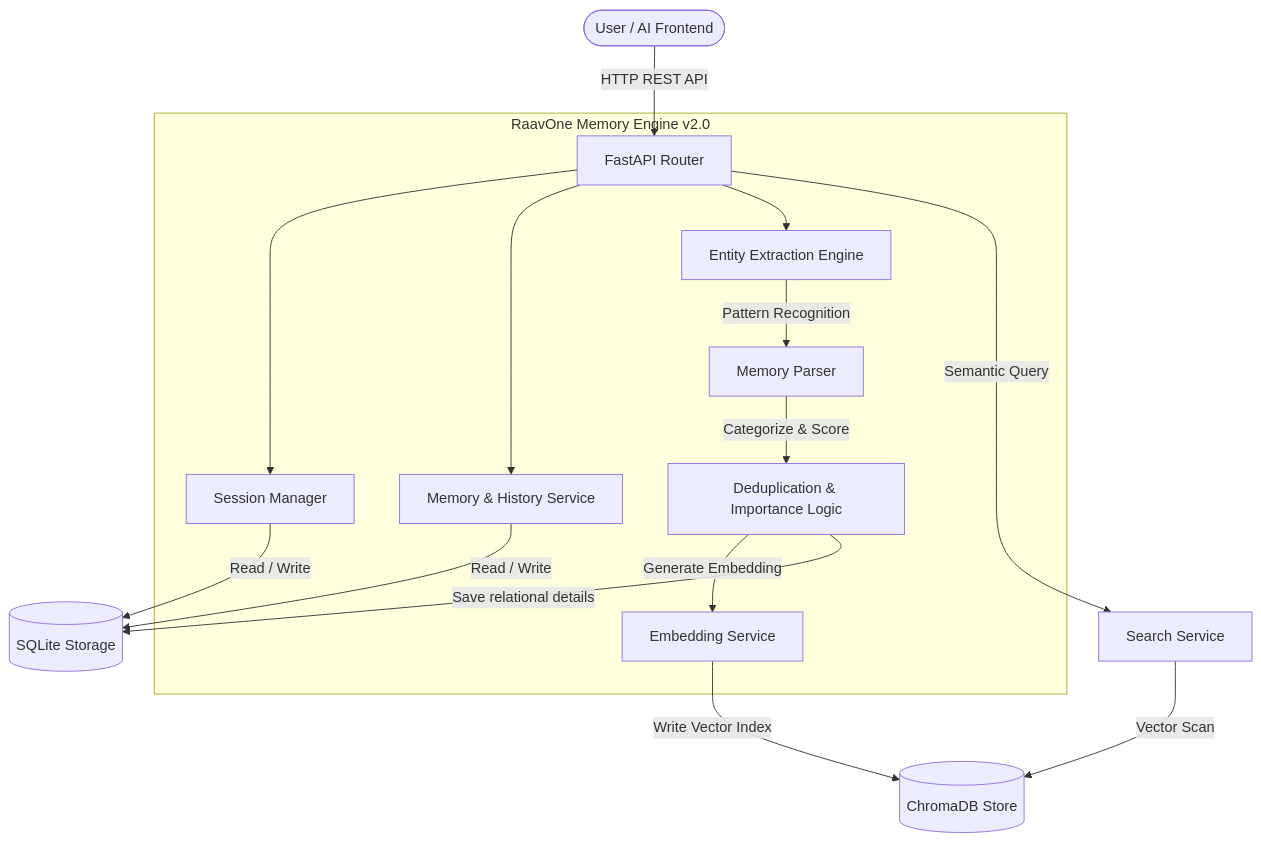
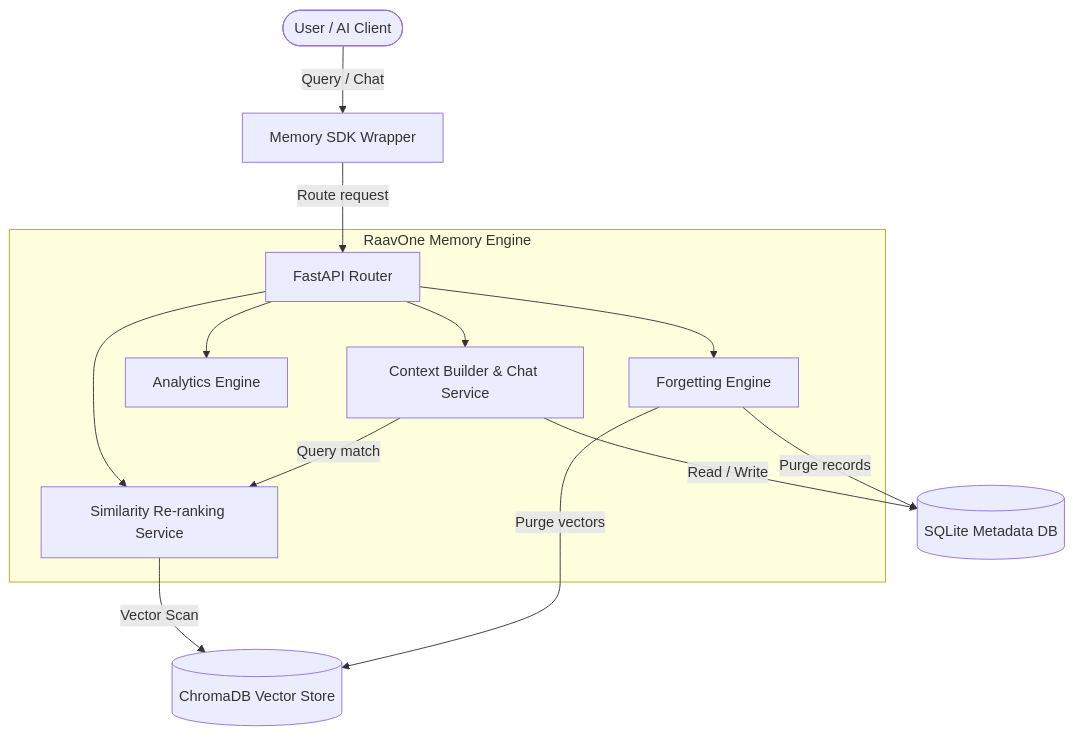
One commit to mogesh-developer/RaavOne-Memory changed the first of 2 diagrams in README.md. Above: the diagram before and after it, drawn with Mermaid. The commit also changed other lines of this file, not shown here.

Commit message:
docs: Update README.md with comprehensive v3.0 specs and diagrams

````diff
--- a/README.md
+++ b/README.md
@@ -61,21 +63,19 @@
 ```mermaid
 graph TD
-    User([User / AI Frontend]) -->|HTTP REST API| Gateway[FastAPI Router]
+    User([User / AI Client]) -->|Query / Chat| SDK[Memory SDK Wrapper]
+    SDK -->|Route request| Gateway[FastAPI Router]
     
-    subgraph "RaavOne Memory Engine v2.0"
-        Gateway --> SessionService[Session Manager]
-        Gateway --> MemoryService[Memory & History Service]
-        Gateway --> ExtractService[Entity Extraction Engine]
+    subgraph "RaavOne Memory Engine"
+        Gateway --> ChatService[Context Builder & Chat Service]
+        Gateway --> SearchService[Similarity Re-ranking Service]
+        Gateway --> AnalyticsService[Analytics Engine]
+        Gateway --> ForgetService[Forgetting Engine]
         
-        ExtractService -->|Pattern Recognition| Extractor[Memory Parser]
-        Extractor -->|Categorize & Score| Logic[Deduplication & Importance Logic]
-        Logic -->|Generate Embedding| EmbedService[Embedding Service]
+        ChatService -->|Query match| SearchService
     end
 
-    SessionService -->|Read / Write| DB[(SQLite Storage)]
-    MemoryService -->|Read / Write| DB
-    Logic -->|Save relational details| DB
-    EmbedService -->|Write Vector Index| Chroma[(ChromaDB Store)]
-    Gateway -->|Semantic Query| SearchService[Search Service]
-    SearchService -->|Vector Scan| Chroma
+    ChatService -->|Read / Write| SQLite[(SQLite Metadata DB)]
+    SearchService -->|Vector Scan| Chroma[(ChromaDB Vector Store)]
+    ForgetService -->|Purge records| SQLite
+    ForgetService -->|Purge vectors| Chroma
 ```
````
